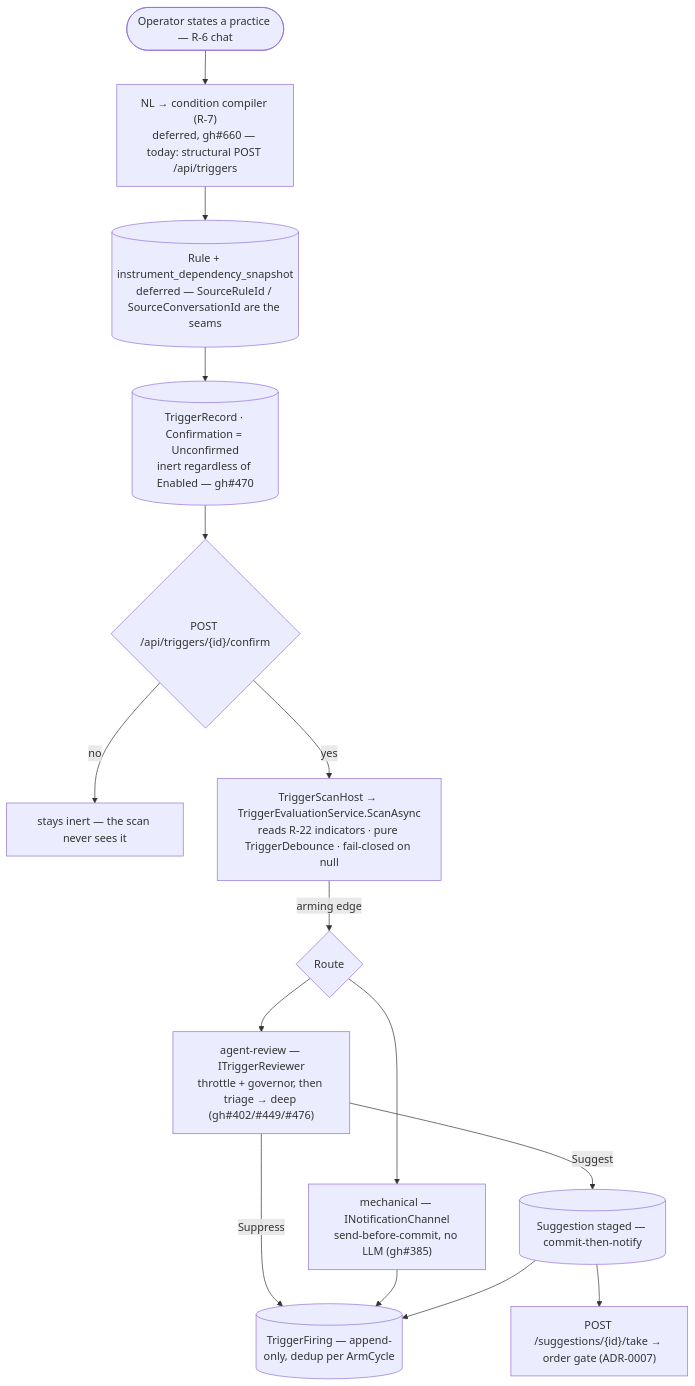
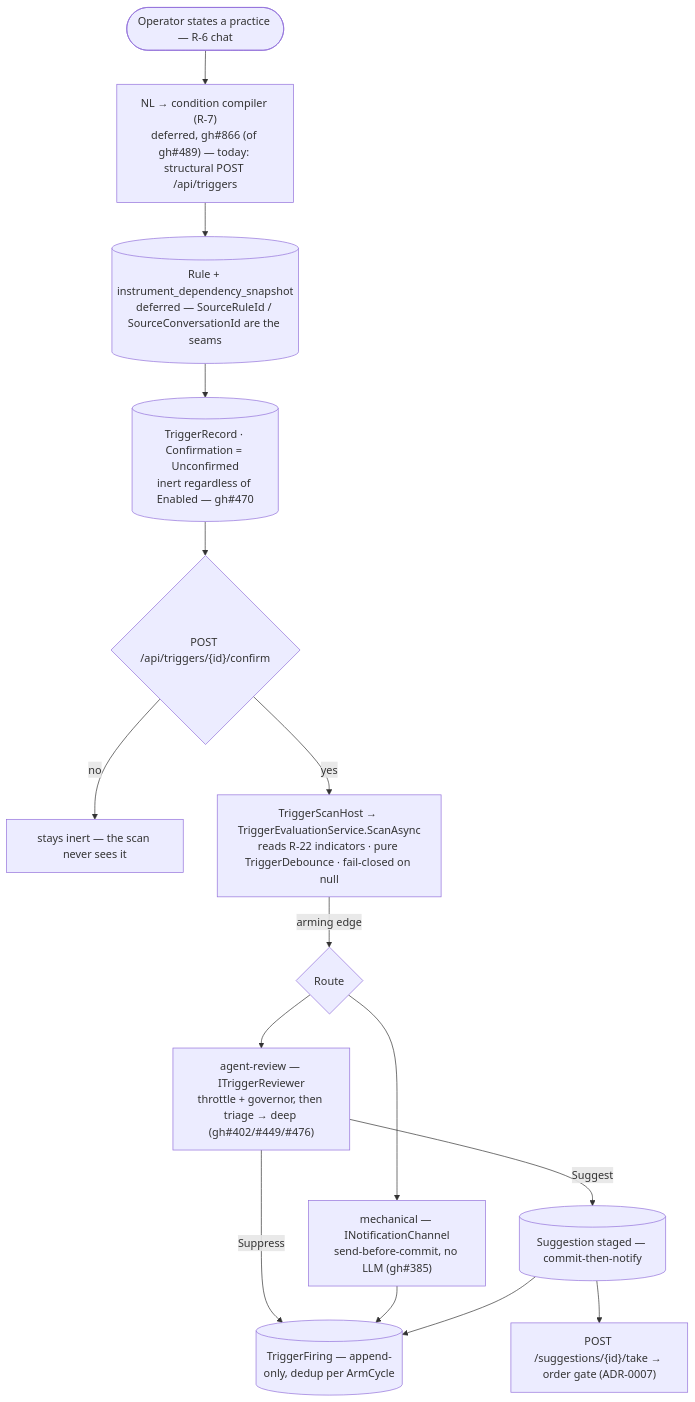
Before and after one commit to adammarquette/trading-copilot: the third of 4 diagrams in documentation/trading-platform-architecture.md, drawn with Mermaid. The commit also changed 1 other file, not shown here.

Commit message:
docs(triggers): the Rule entity is gh#866, not the gh#660 UI card
trigger-workflow-guide.md attributed the Rule entity / NL-to-condition
compiler to gh#660 (feat(ui): playbooks and the rulebook surface) and
said it was blocked on the still-undecomposed playbooks epic. gh#660 is
the UI card; the entity is gh#866 (feat(rulebook): the Rule entity +
storage), a task under epic gh#489, currently blocked on gh#18 (the
chat surface the NL compiler needs to be authored against). Corrected
the citation and blocker, and kept gh#660 only where the UI surface is
actually meant. The same wrong gh#660 citation was in the architecture
doc's rulebook-lifecycle diagram; corrected there too.

Closes #1104

````diff
--- a/documentation/trading-platform-architecture.md
+++ b/documentation/trading-platform-architecture.md
@@ -427,28 +427,28 @@
 ```mermaid
 flowchart TB
   OP(["Operator states a practice — R-6 chat"])
-  COMPILE["NL → condition compiler (R-7)<br/>deferred, gh#660 — today: structural POST /api/triggers"]
+  COMPILE["NL → condition compiler (R-7)<br/>deferred, gh#866 (of gh#489) — today: structural POST /api/triggers"]
   RULE[("Rule + instrument_dependency_snapshot<br/>deferred — SourceRuleId / SourceConversationId are the seams")]
   TRIG[("TriggerRecord · Confirmation = Unconfirmed<br/>inert regardless of Enabled — gh#470")]
   CONFIRM{"POST /api/triggers/{id}/confirm"}
   INERT["stays inert — the scan never sees it"]
   SCAN["TriggerScanHost → TriggerEvaluationService.ScanAsync<br/>reads R-22 indicators · pure TriggerDebounce · fail-closed on null"]
   ROUTE{"Route"}
   MECH["mechanical — INotificationChannel<br/>send-before-commit, no LLM (gh#385)"]
   AGENT["agent-review — ITriggerReviewer<br/>throttle + governor, then triage → deep (gh#402/#449/#476)"]
   SUG[("Suggestion staged — commit-then-notify")]
   FIRING[("TriggerFiring — append-only, dedup per ArmCycle")]
   TAKE["POST /suggestions/{id}/take → order gate (ADR-0007)"]
 
   OP --> COMPILE --> RULE --> TRIG --> CONFIRM
   CONFIRM -- "no" --> INERT
   CONFIRM -- "yes" --> SCAN
   SCAN -- "arming edge" --> ROUTE
   ROUTE --> MECH
   ROUTE --> AGENT
   AGENT -- "Suggest" --> SUG
   AGENT -- "Suppress" --> FIRING
   MECH --> FIRING
   SUG --> FIRING
   SUG --> TAKE
 ```
````
